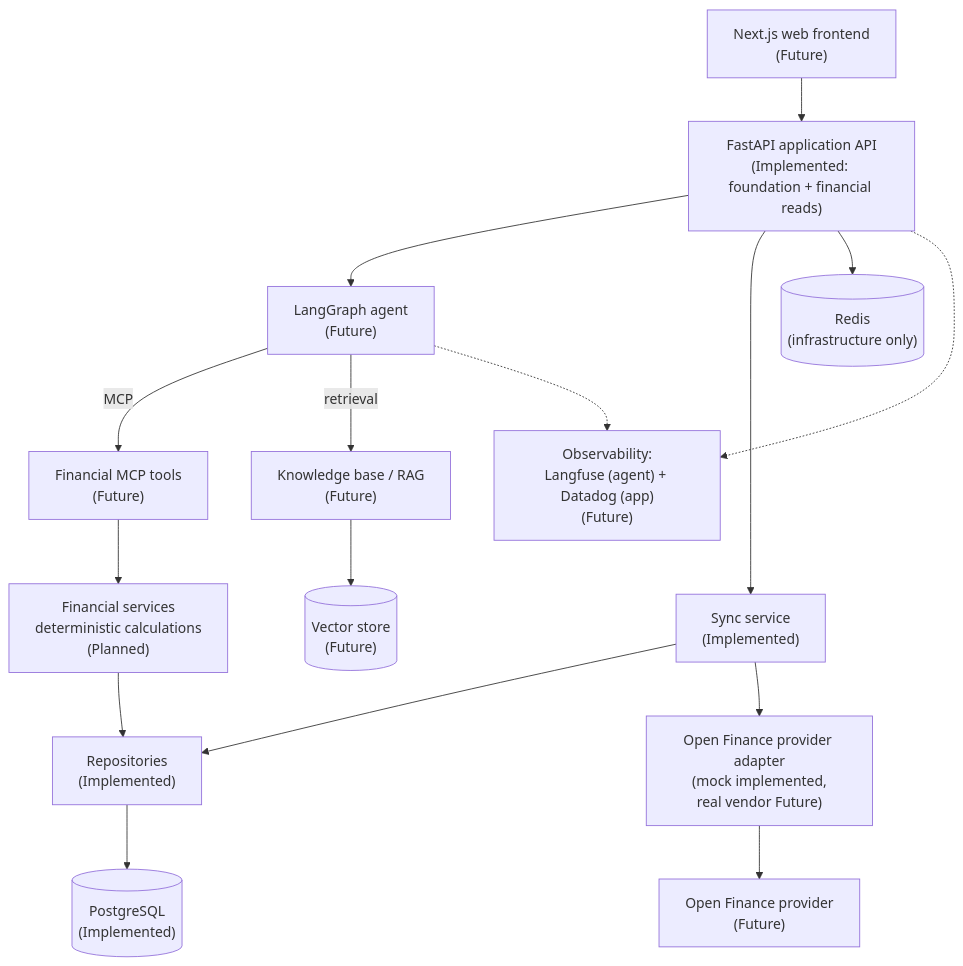
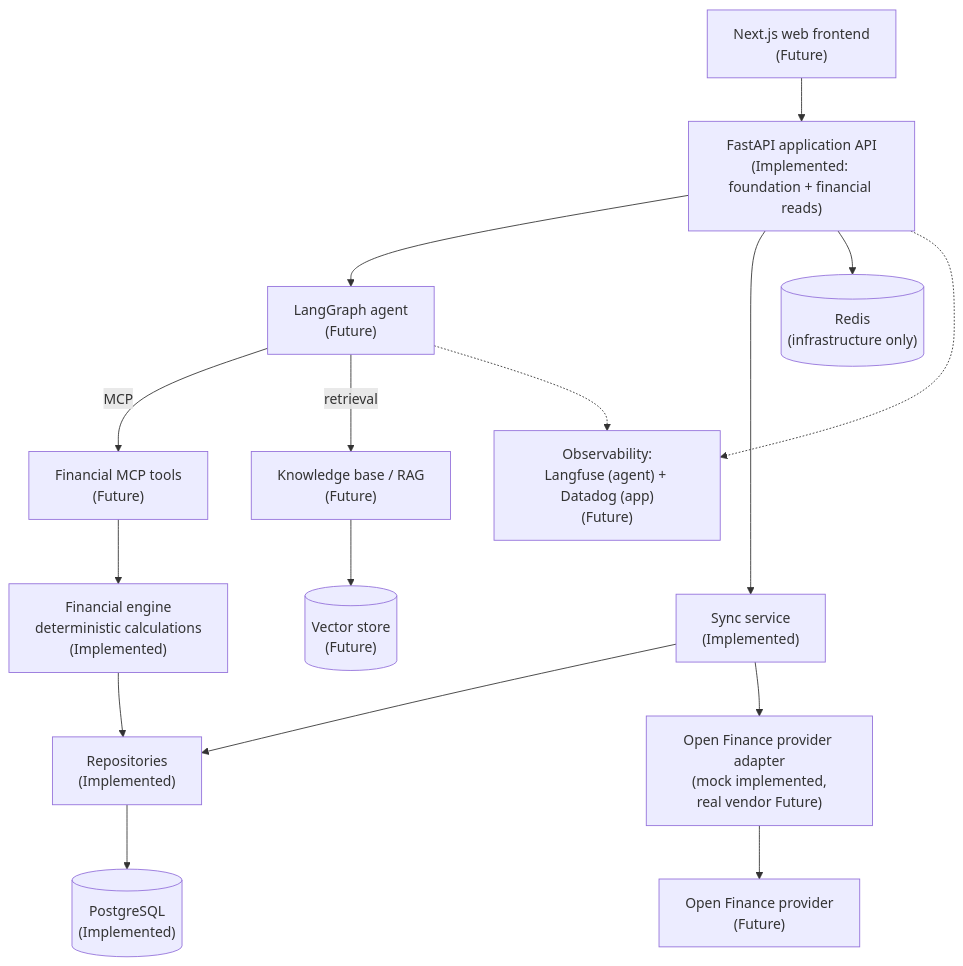
One commit to joaopaulodevv/compass changed the second of 6 diagrams in docs/architecture.md. Above: the diagram before and after it, drawn with Mermaid. The commit also changed other lines of this file and 7 other files, not shown here.

First line of the commit message:
docs: document the financial engine and what counts as cash flow

````diff
--- a/docs/architecture.md
+++ b/docs/architecture.md
@@ -49,27 +56,27 @@
 ```mermaid
 flowchart TB
     web["Next.js web frontend\n(Future)"] --> api
 
     api["FastAPI application API\n(Implemented: foundation + financial reads)"]
 
     api --> agent["LangGraph agent\n(Future)"]
 
     agent -->|MCP| tools["Financial MCP tools\n(Future)"]
     agent -->|retrieval| rag["Knowledge base / RAG\n(Future)"]
 
-    tools --> services["Financial services\ndeterministic calculations\n(Planned)"]
+    tools --> services["Financial engine\ndeterministic calculations\n(Implemented)"]
     api --> sync["Sync service\n(Implemented)"]
     services --> repos["Repositories\n(Implemented)"]
     sync --> repos
     sync --> ofp["Open Finance provider adapter\n(mock implemented,\nreal vendor Future)"]
 
     repos --> postgres[("PostgreSQL\n(Implemented)")]
     rag --> vectors[("Vector store\n(Future)")]
     ofp --> openfinance["Open Finance provider\n(Future)"]
 
     api --> cache[("Redis\n(infrastructure only)")]
 
     obs["Observability:\nLangfuse (agent) + Datadog (app)\n(Future)"]
     agent -.-> obs
     api -.-> obs
 ```
````
